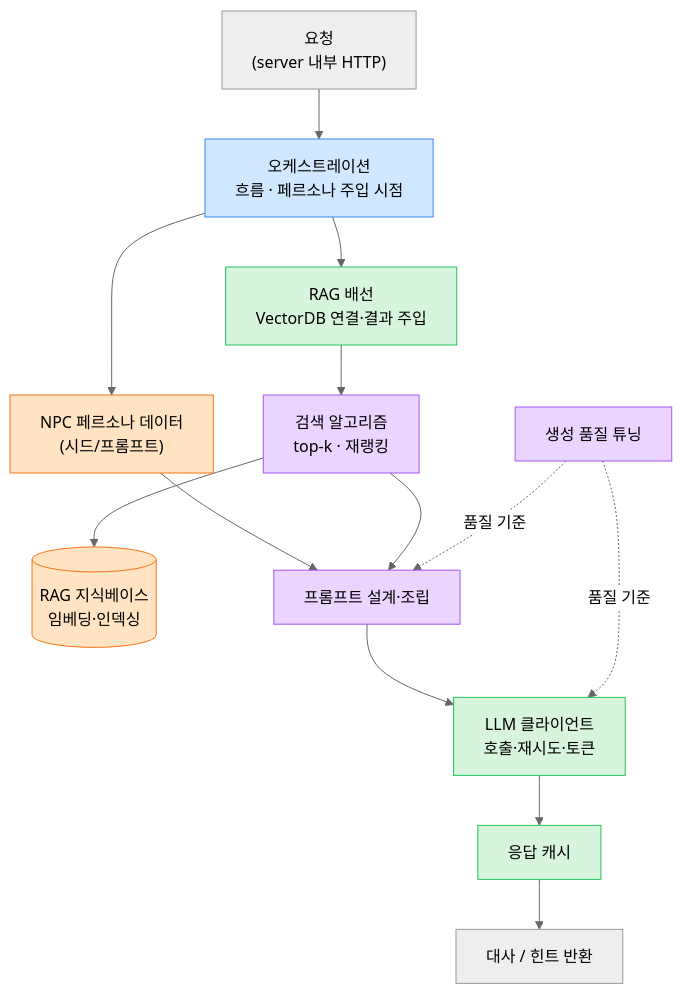
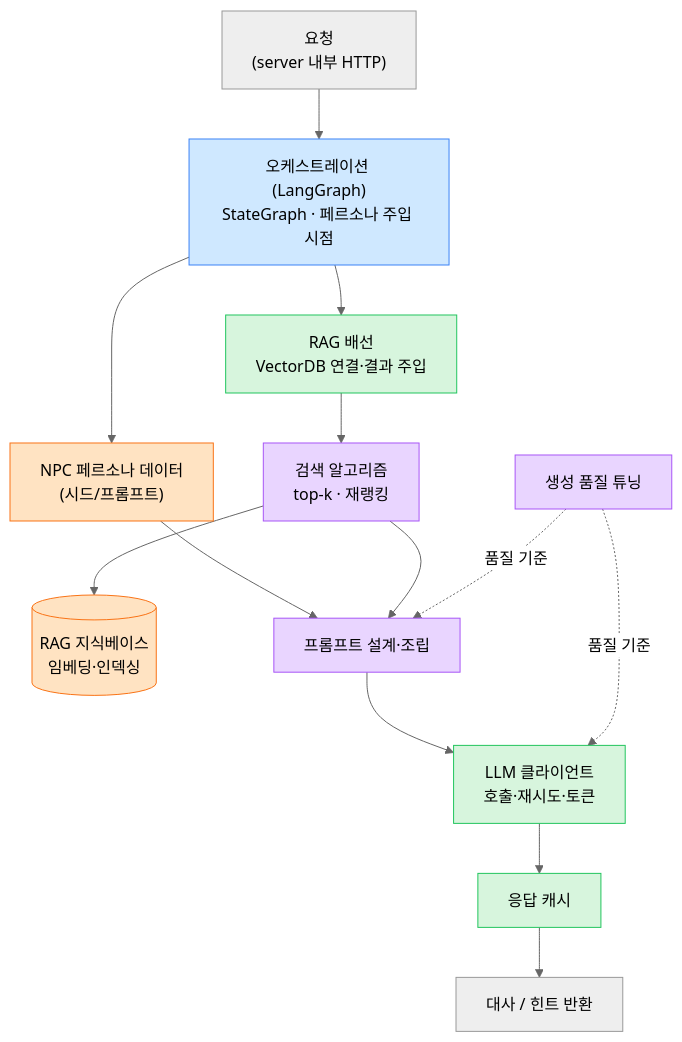
Before and after one commit to 2026-genai-ar-tourism-data-rpg/.github: the seventh of 8 diagrams in report/아키텍처_파이프라인.md, drawn with Mermaid (neutral theme). The commit also changed other lines of this file and 2 other files, not shown here.

````diff
--- a/report/아키텍처_파이프라인.md
+++ b/report/아키텍처_파이프라인.md
@@ -214,30 +214,30 @@
 ```mermaid
 flowchart TB
     Req["요청<br/>(server 내부 HTTP)"]:::sys
-    Orc["오케스트레이션<br/>흐름 · 페르소나 주입 시점"]:::kys
+    Orc["오케스트레이션 (LangGraph)<br/>StateGraph · 페르소나 주입 시점"]:::kys
     Persona["NPC 페르소나 데이터<br/>(시드/프롬프트)"]:::ljs
     KB[("RAG 지식베이스<br/>임베딩·인덱싱")]:::ljs
     Retr["검색 알고리즘<br/>top-k · 재랭킹"]:::pjh
     Wire["RAG 배선<br/>VectorDB 연결·결과 주입"]:::jch
     Prompt["프롬프트 설계·조립"]:::pjh
     LLMc["LLM 클라이언트<br/>호출·재시도·토큰"]:::jch
     Gen["생성 품질 튜닝"]:::pjh
     Cache["응답 캐시"]:::jch
     Res["대사 / 힌트 반환"]:::sys
 
     Req --> Orc
     Orc --> Persona
     Orc --> Wire
     Wire --> Retr --> KB
     Persona --> Prompt
     Retr --> Prompt
     Prompt --> LLMc --> Cache --> Res
     Gen -.품질 기준.-> Prompt
     Gen -.품질 기준.-> LLMc
 
     classDef kys fill:#cfe8ff,stroke:#3b82f6,color:#000
     classDef jch fill:#d7f5dd,stroke:#22c55e,color:#000
     classDef ljs fill:#ffe3c2,stroke:#f97316,color:#000
     classDef pjh fill:#e9d5ff,stroke:#a855f7,color:#000
     classDef sys fill:#eeeeee,stroke:#999999,color:#000
 ```
````
